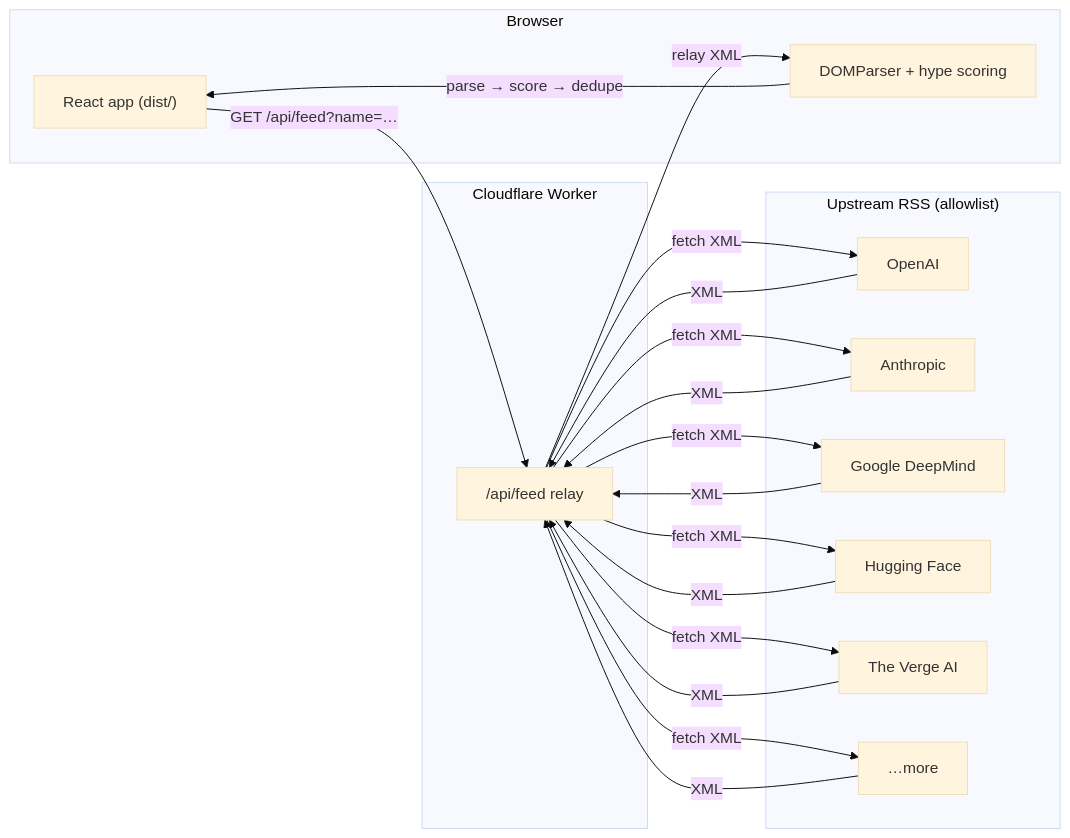
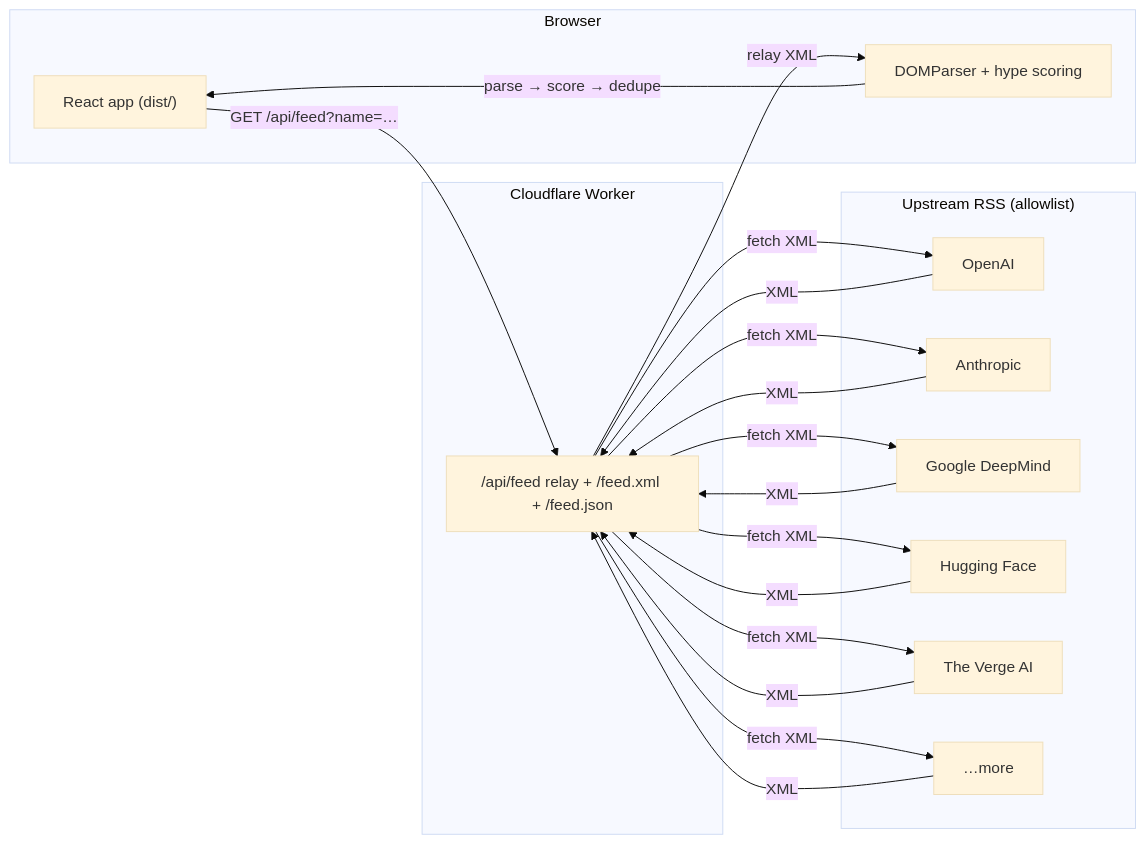
The first of 2 diagrams in README.md (sinzo8771-prog/Baseline), drawn with Mermaid (base theme) before and after one commit. The commit also changed other lines of this file and 1 other file, not shown here.

````diff
--- a/README.md
+++ b/README.md
@@ -117,24 +121,24 @@
 ```mermaid
 flowchart LR
     subgraph Browser["Browser"]
         A["React app (dist/)"]
         C["DOMParser + hype scoring"]
     end
     subgraph Worker["Cloudflare Worker"]
-        W["/api/feed relay"]
+        W["/api/feed relay + /feed.xml + /feed.json"]
     end
     subgraph Upstream["Upstream RSS (allowlist)"]
         F1["OpenAI"]
         F2["Anthropic"]
         F3["Google DeepMind"]
         F4["Hugging Face"]
         F5["The Verge AI"]
         F6["…more"]
     end
 
     A -- "GET /api/feed?name=…" --> W
     W -- "fetch XML" --> F1 & F2 & F3 & F4 & F5 & F6
     F1 & F2 & F3 & F4 & F5 & F6 -- "XML" --> W
     W -- "relay XML" --> C
     C -- "parse → score → dedupe" --> A
 ```
````
